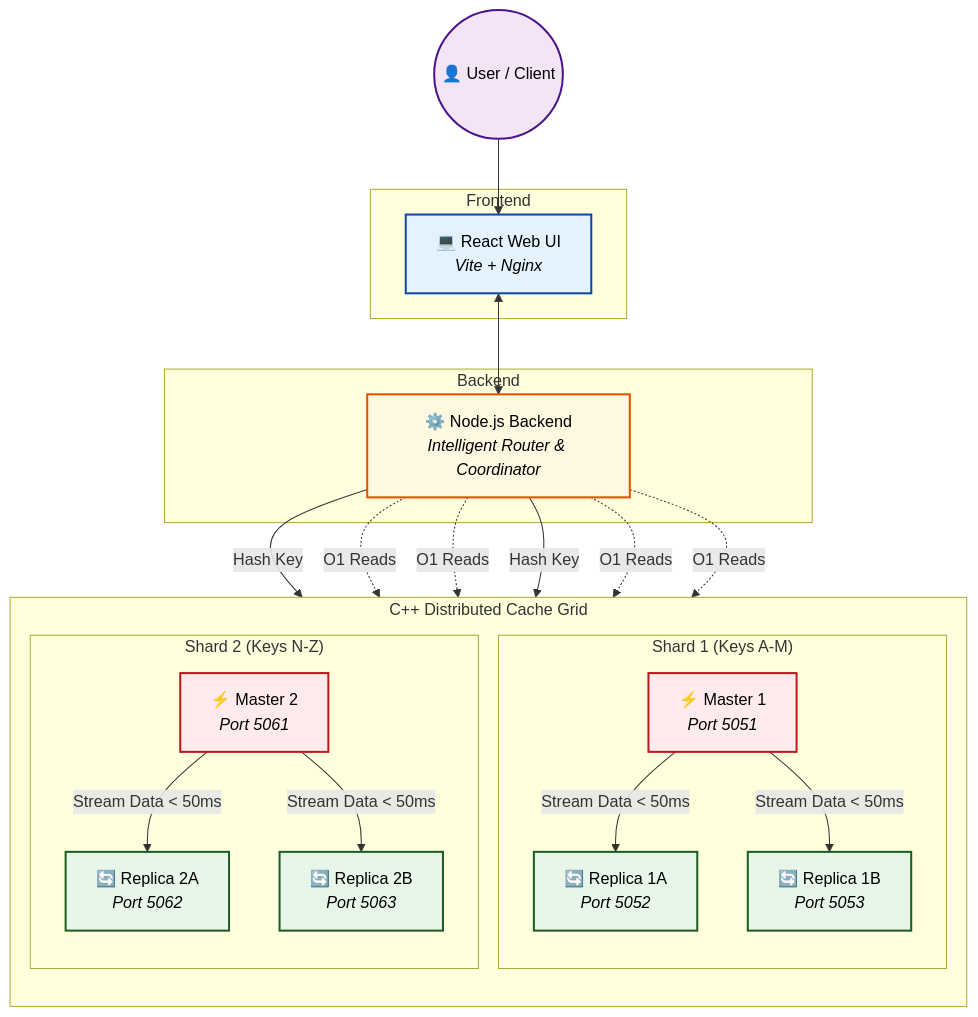
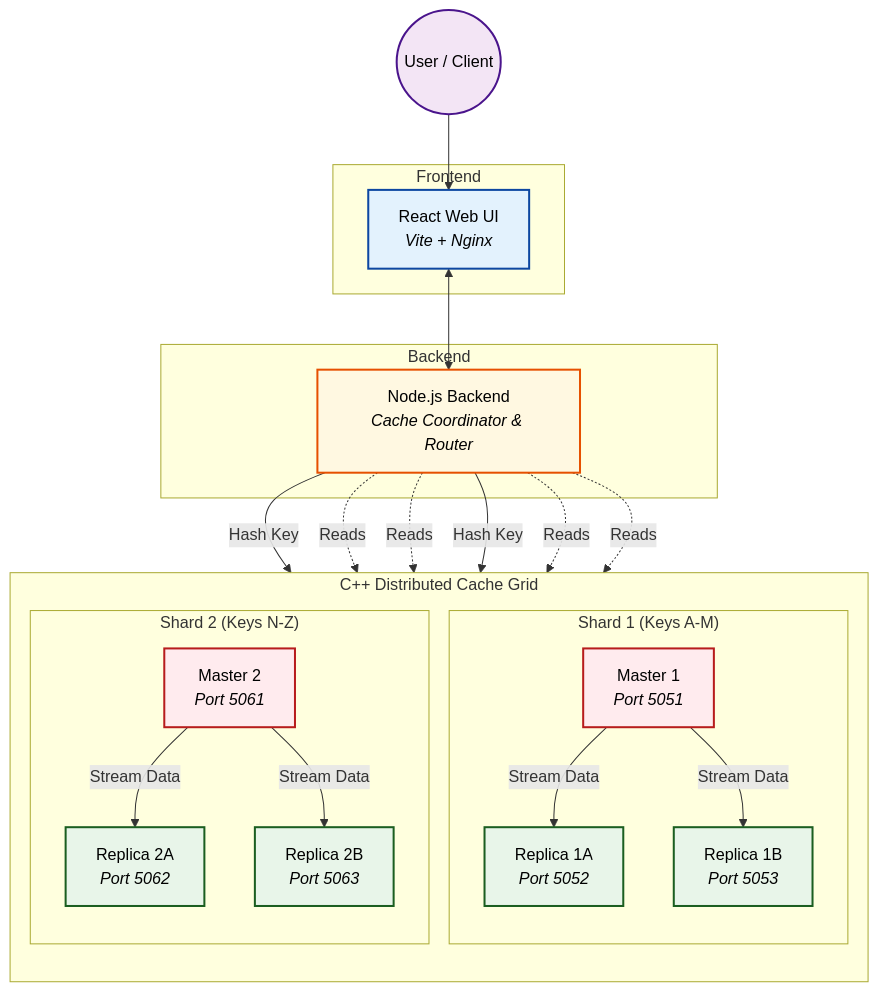
Before and after one commit to Rudy-123/Distributed-Cache-System: the diagram in README.md, drawn with Mermaid. The commit also changed other lines of this file, not shown here.

````diff
--- a/README.md
+++ b/README.md
@@ -38,50 +36,50 @@
 ```mermaid
 graph TD
     classDef frontend fill:#e3f2fd,stroke:#0d47a1,stroke-width:2px,color:#000;
     classDef backend fill:#fff8e1,stroke:#e65100,stroke-width:2px,color:#000;
     classDef cacheMaster fill:#ffebee,stroke:#b71c1c,stroke-width:2px,color:#000;
     classDef cacheReplica fill:#e8f5e9,stroke:#1b5e20,stroke-width:2px,color:#000;
     classDef userNode fill:#f3e5f5,stroke:#4a148c,stroke-width:2px,color:#000;
 
-    User((👤 User / Client)):::userNode
+    User((User / Client)):::userNode
 
     subgraph Frontend
-        WebApp[💻 React Web UI<br/><i>Vite + Nginx</i>]:::frontend
+        WebApp[React Web UI<br/><i>Vite + Nginx</i>]:::frontend
     end
 
     subgraph Backend
-        Coordinator[⚙️ Node.js Backend<br/><i>Intelligent Router & Coordinator</i>]:::backend
+        Coordinator[Node.js Backend<br/><i>Cache Coordinator & Router</i>]:::backend
     end
 
     subgraph C++_Cache_Engine ["C++ Distributed Cache Grid"]
         direction TB
         subgraph Shard_1 ["Shard 1 (Keys A-M)"]
-            Master1[⚡ Master 1<br/><i>Port 5051</i>]:::cacheMaster
-            Replica1A[🔄 Replica 1A<br/><i>Port 5052</i>]:::cacheReplica
-            Replica1B[🔄 Replica 1B<br/><i>Port 5053</i>]:::cacheReplica
+            Master1[Master 1<br/><i>Port 5051</i>]:::cacheMaster
+            Replica1A[Replica 1A<br/><i>Port 5052</i>]:::cacheReplica
+            Replica1B[Replica 1B<br/><i>Port 5053</i>]:::cacheReplica
         end
 
         subgraph Shard_2 ["Shard 2 (Keys N-Z)"]
-            Master2[⚡ Master 2<br/><i>Port 5061</i>]:::cacheMaster
-            Replica2A[🔄 Replica 2A<br/><i>Port 5062</i>]:::cacheReplica
-            Replica2B[🔄 Replica 2B<br/><i>Port 5063</i>]:::cacheReplica
+            Master2[Master 2<br/><i>Port 5061</i>]:::cacheMaster
+            Replica2A[Replica 2A<br/><i>Port 5062</i>]:::cacheReplica
+            Replica2B[Replica 2B<br/><i>Port 5063</i>]:::cacheReplica
         end
     end
 
     User --> WebApp
     WebApp <--> Coordinator
     
     %% Coordinator routing to Shard 1
     Coordinator -->|Hash Key| Master1
-    Master1 -->|Stream Data < 50ms| Replica1A
-    Master1 -->|Stream Data < 50ms| Replica1B
-    Coordinator -.->|O1 Reads| Replica1A
-    Coordinator -.->|O1 Reads| Replica1B
+    Master1 -->|Stream Data| Replica1A
+    Master1 -->|Stream Data| Replica1B
+    Coordinator -.->|Reads| Replica1A
+    Coordinator -.->|Reads| Replica1B
     
     %% Coordinator routing to Shard 2
     Coordinator -->|Hash Key| Master2
-    Master2 -->|Stream Data < 50ms| Replica2A
-    Master2 -->|Stream Data < 50ms| Replica2B
-    Coordinator -.->|O1 Reads| Replica2A
-    Coordinator -.->|O1 Reads| Replica2B
+    Master2 -->|Stream Data| Replica2A
+    Master2 -->|Stream Data| Replica2B
+    Coordinator -.->|Reads| Replica2A
+    Coordinator -.->|Reads| Replica2B
 ```
````
